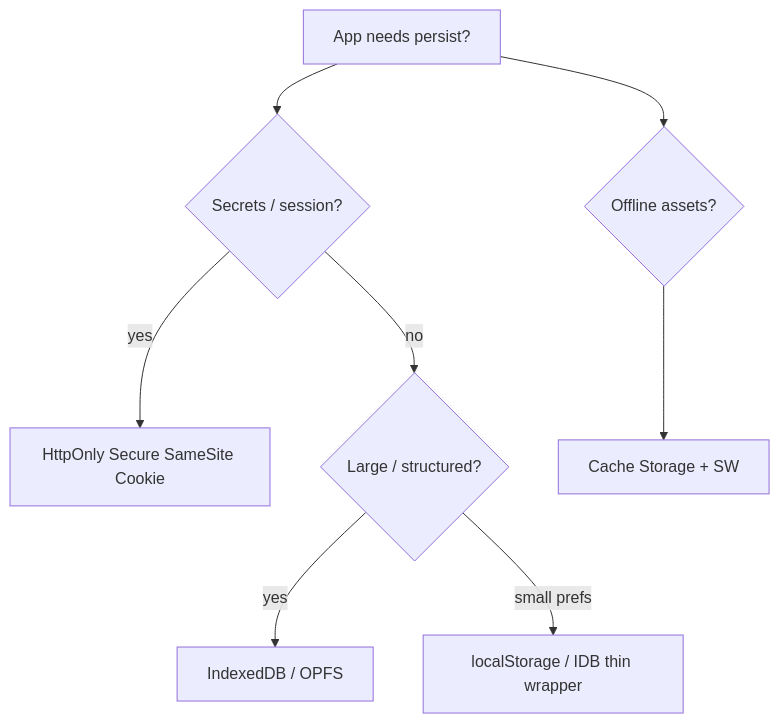
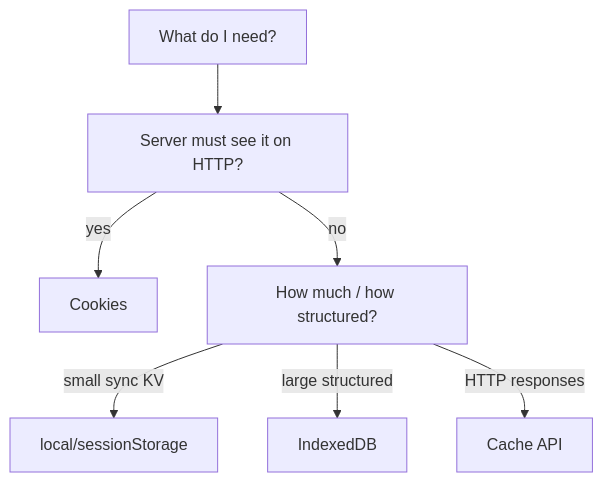
Before and after one commit to prajjwaljogdand/FullstackPreparation: the first of 6 diagrams in docs/browser/08-storage.md, drawn with Mermaid. The commit also changed other lines of this file and 91 other files, not shown here.

````diff
--- a/docs/browser/08-storage.md
+++ b/docs/browser/08-storage.md
@@ -19,10 +24,10 @@
 ```mermaid
 flowchart TB
-  App[App needs persist?] --> Sens{Secrets / session?}
-  Sens -->|yes| Cookie[HttpOnly Secure SameSite Cookie]
-  Sens -->|no| Size{Large / structured?}
-  Size -->|yes| IDB[IndexedDB / OPFS]
-  Size -->|small prefs| LS[localStorage / IDB thin wrapper]
-  App --> Offline{Offline assets?}
-  Offline --> Cache[Cache Storage + SW]
+  Need["What do I need?"]
+  Need --> Server["Server must see it on HTTP?"]
+  Server -->|yes| Cookies["Cookies"]
+  Server -->|no| Size["How much / how structured?"]
+  Size -->|small sync KV| WebStorage["local/sessionStorage"]
+  Size -->|large structured| IDB["IndexedDB"]
+  Size -->|HTTP responses| Cache["Cache API"]
 ```
````
